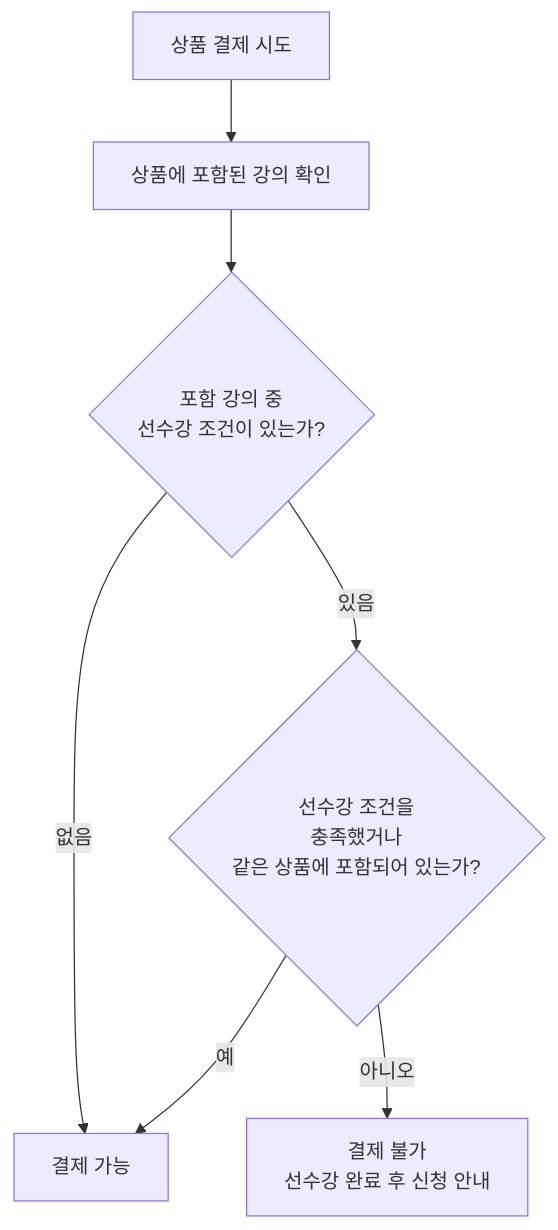
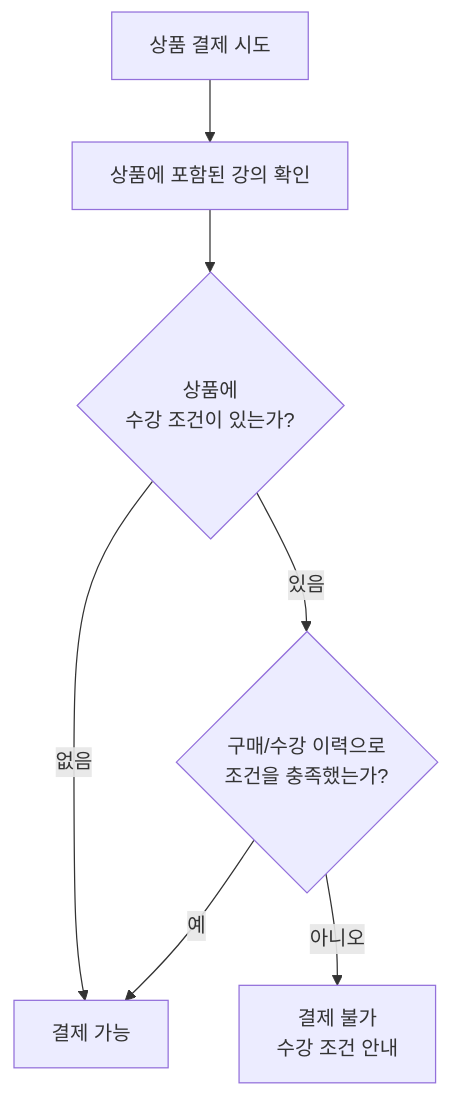
The second of 3 diagrams in knowhowzip-site/docs/creator-product-logic.md (olabeann/knowhowzip), drawn with Mermaid before and after one commit. The commit also changed other lines of this file and 10 other files, not shown here.

````diff
--- a/knowhowzip-site/docs/creator-product-logic.md
+++ b/knowhowzip-site/docs/creator-product-logic.md
@@ -240,9 +226,9 @@
 ```mermaid
 flowchart TD
     A["상품 결제 시도"] --> B["상품에 포함된 강의 확인"]
-    B --> C{"포함 강의 중<br/>선수강 조건이 있는가?"}
+    B --> C{"상품에<br/>수강 조건이 있는가?"}
     C -- "없음" --> D["결제 가능"]
-    C -- "있음" --> E{"선수강 조건을<br/>충족했거나<br/>같은 상품에 포함되어 있는가?"}
+    C -- "있음" --> E{"구매/수강 이력으로<br/>조건을 충족했는가?"}
     E -- "예" --> D
-    E -- "아니오" --> F["결제 불가<br/>선수강 완료 후 신청 안내"]
+    E -- "아니오" --> F["결제 불가<br/>수강 조건 안내"]
 ```
````
